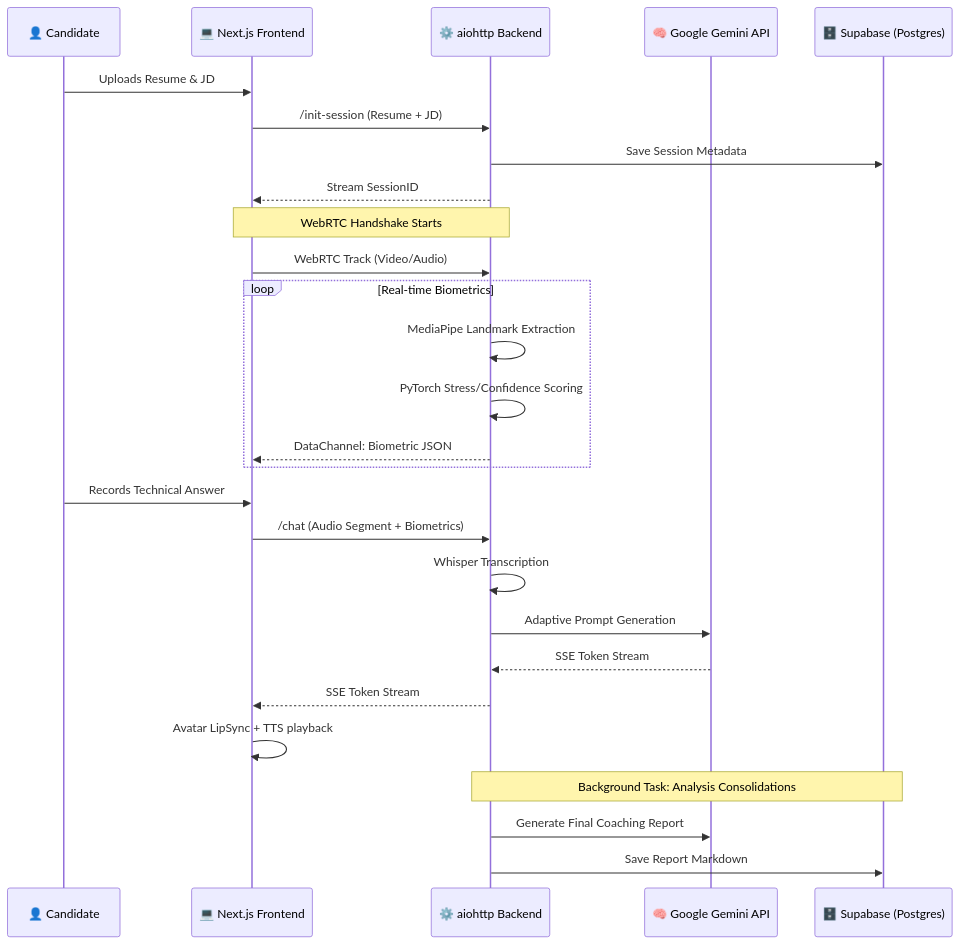
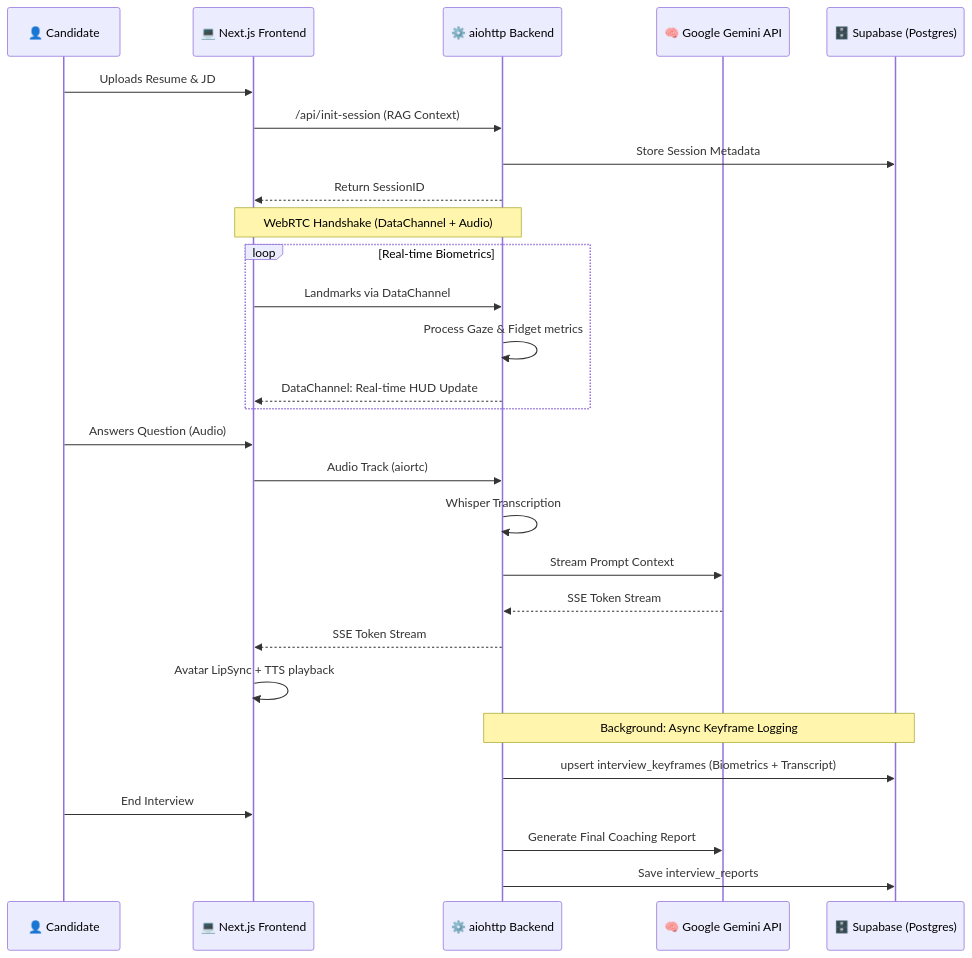
The diagram in architecture.md (OSU-Hackathon-Team/HackAI2026), drawn with Mermaid before and after one commit. The commit also changed other lines of this file and 2 other files, not shown here.

````diff
--- a/architecture.md
+++ b/architecture.md
@@ -34,34 +34,36 @@
 ```mermaid
 sequenceDiagram
     participant User as 👤 Candidate
     participant FE as 💻 Next.js Frontend
     participant BE as ⚙️ aiohttp Backend
     participant Gemini as 🧠 Google Gemini API
     participant DB as 🗄️ Supabase (Postgres)
 
     User->>FE: Uploads Resume & JD
-    FE->>BE: /init-session (Resume + JD)
-    BE->>DB: Save Session Metadata
-    BE-->>FE: Stream SessionID
+    FE->>BE: /api/init-session (RAG Context)
+    BE->>DB: Store Session Metadata
+    BE-->>FE: Return SessionID
 
-    Note over FE,BE: WebRTC Handshake Starts
-    FE->>BE: WebRTC Track (Video/Audio)
+    Note over FE,BE: WebRTC Handshake (DataChannel + Audio)
     
     loop Real-time Biometrics
-        BE->>BE: MediaPipe Landmark Extraction
-        BE->>BE: PyTorch Stress/Confidence Scoring
-        BE-->>FE: DataChannel: Biometric JSON
+        FE->>BE: Landmarks via DataChannel
+        BE->>BE: Process Gaze & Fidget metrics
+        BE-->>FE: DataChannel: Real-time HUD Update
     end
 
-    User->>FE: Records Technical Answer
-    FE->>BE: /chat (Audio Segment + Biometrics)
+    User->>FE: Answers Question (Audio)
+    FE->>BE: Audio Track (aiortc)
     BE->>BE: Whisper Transcription
-    BE->>Gemini: Adaptive Prompt Generation
+    BE->>Gemini: Stream Prompt Context
     Gemini-->>BE: SSE Token Stream
     BE-->>FE: SSE Token Stream
     FE->>FE: Avatar LipSync + TTS playback
+    
+    Note over BE,DB: Background: Async Keyframe Logging
+    BE->>DB: upsert interview_keyframes (Biometrics + Transcript)
 
-    Note over BE,DB: Background Task: Analysis Consolidations
+    User->>FE: End Interview
     BE->>Gemini: Generate Final Coaching Report
-    BE->>DB: Save Report Markdown
+    BE->>DB: Save interview_reports
 ```
````
